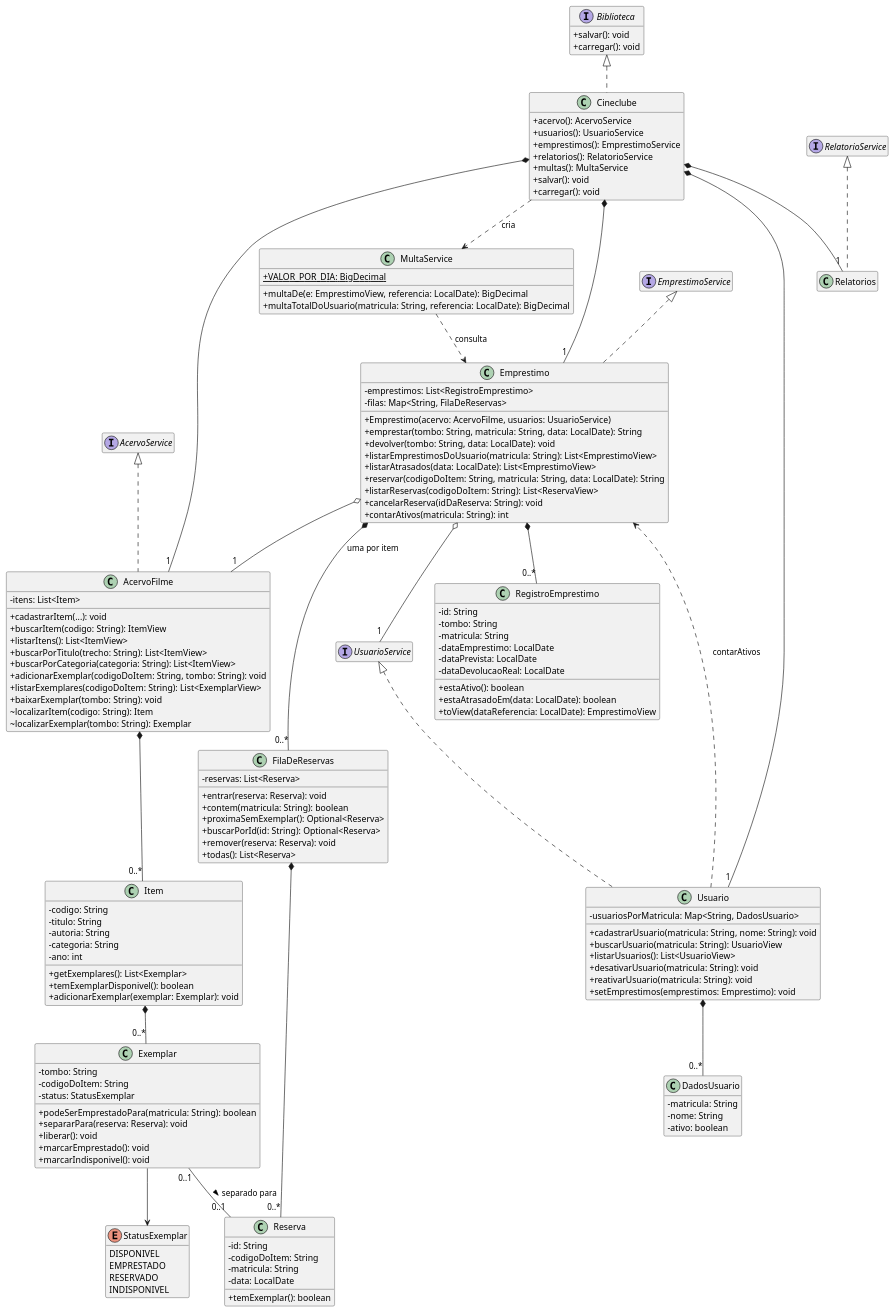
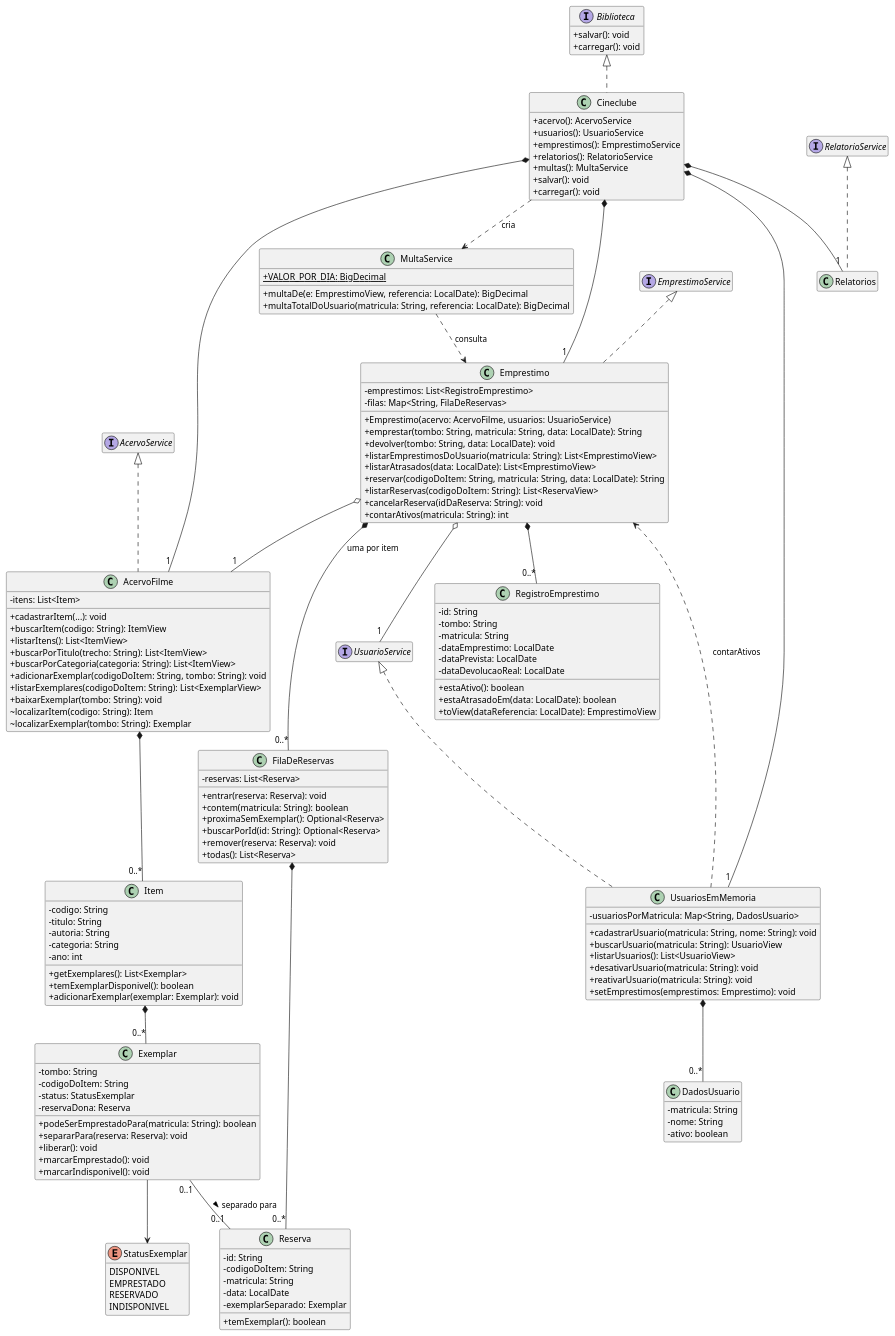
Before and after one commit to poo-dcx-2026-2/Alta-Cupula: the diagram in docs/modelo.puml, drawn with PlantUML. The commit also changed 6 other files, not shown here.

Commit message:
refactor: renomeia Usuario para UsuariosEmMemoria e atualiza docs

```diff
--- a/docs/modelo.puml
+++ b/docs/modelo.puml
@@ -1,166 +1,168 @@
 @startuml
 ' Modelo de domínio do sistema: Entrega 2.
 ' Corresponde ao código do pacote filme/.
 
 hide empty members
 skinparam classAttributeIconSize 0
 skinparam defaultTextAlignment center
 
 enum StatusExemplar {
     DISPONIVEL
     EMPRESTADO
     RESERVADO
     INDISPONIVEL
 }
 
 interface Biblioteca {
     + salvar(): void
     + carregar(): void
 }
 interface AcervoService
 interface UsuarioService
 interface EmprestimoService
 interface RelatorioService
 
 class Cineclube {
     + acervo(): AcervoService
     + usuarios(): UsuarioService
     + emprestimos(): EmprestimoService
     + relatorios(): RelatorioService
     + multas(): MultaService
     + salvar(): void
     + carregar(): void
 }
 
 class Item {
     - codigo: String
     - titulo: String
     - autoria: String
     - categoria: String
     - ano: int
     + getExemplares(): List<Exemplar>
     + temExemplarDisponivel(): boolean
     + adicionarExemplar(exemplar: Exemplar): void
 }
 
 class Exemplar {
     - tombo: String
     - codigoDoItem: String
     - status: StatusExemplar
+    - reservaDona: Reserva
     + podeSerEmprestadoPara(matricula: String): boolean
     + separarPara(reserva: Reserva): void
     + liberar(): void
     + marcarEmprestado(): void
     + marcarIndisponivel(): void
 }
 
 class Reserva {
     - id: String
     - codigoDoItem: String
     - matricula: String
     - data: LocalDate
+    - exemplarSeparado: Exemplar
     + temExemplar(): boolean
 }
 
 class FilaDeReservas {
     - reservas: List<Reserva>
     + entrar(reserva: Reserva): void
     + contem(matricula: String): boolean
     + proximaSemExemplar(): Optional<Reserva>
     + buscarPorId(id: String): Optional<Reserva>
     + remover(reserva: Reserva): void
     + todas(): List<Reserva>
 }
 
 class AcervoFilme {
     - itens: List<Item>
     + cadastrarItem(...): void
     + buscarItem(codigo: String): ItemView
     + listarItens(): List<ItemView>
     + buscarPorTitulo(trecho: String): List<ItemView>
     + buscarPorCategoria(categoria: String): List<ItemView>
     + adicionarExemplar(codigoDoItem: String, tombo: String): void
     + listarExemplares(codigoDoItem: String): List<ExemplarView>
     + baixarExemplar(tombo: String): void
     ~ localizarItem(codigo: String): Item
     ~ localizarExemplar(tombo: String): Exemplar
 }
 
-class Usuario {
+class UsuariosEmMemoria {
     - usuariosPorMatricula: Map<String, DadosUsuario>
     + cadastrarUsuario(matricula: String, nome: String): void
     + buscarUsuario(matricula: String): UsuarioView
     + listarUsuarios(): List<UsuarioView>
     + desativarUsuario(matricula: String): void
     + reativarUsuario(matricula: String): void
     + setEmprestimos(emprestimos: Emprestimo): void
 }
 
 class DadosUsuario {
     - matricula: String
     - nome: String
     - ativo: boolean
 }
 
 class Emprestimo {
     - emprestimos: List<RegistroEmprestimo>
     - filas: Map<String, FilaDeReservas>
     + Emprestimo(acervo: AcervoFilme, usuarios: UsuarioService)
     + emprestar(tombo: String, matricula: String, data: LocalDate): String
     + devolver(tombo: String, data: LocalDate): void
     + listarEmprestimosDoUsuario(matricula: String): List<EmprestimoView>
     + listarAtrasados(data: LocalDate): List<EmprestimoView>
     + reservar(codigoDoItem: String, matricula: String, data: LocalDate): String
     + listarReservas(codigoDoItem: String): List<ReservaView>
     + cancelarReserva(idDaReserva: String): void
     + contarAtivos(matricula: String): int
 }
 
 class RegistroEmprestimo {
     - id: String
     - tombo: String
     - matricula: String
     - dataEmprestimo: LocalDate
     - dataPrevista: LocalDate
     - dataDevolucaoReal: LocalDate
     + estaAtivo(): boolean
     + estaAtrasadoEm(data: LocalDate): boolean
     + toView(dataReferencia: LocalDate): EmprestimoView
 }
 
 class MultaService {
     {static} + VALOR_POR_DIA: BigDecimal
     + multaDe(e: EmprestimoView, referencia: LocalDate): BigDecimal
     + multaTotalDoUsuario(matricula: String, referencia: LocalDate): BigDecimal
 }
 
 class Relatorios
 
 Biblioteca <|.. Cineclube
 AcervoService <|.. AcervoFilme
-UsuarioService <|.. Usuario
+UsuarioService <|.. UsuariosEmMemoria
 EmprestimoService <|.. Emprestimo
 RelatorioService <|.. Relatorios
 
 Cineclube *-- "1" AcervoFilme
-Cineclube *-- "1" Usuario
+Cineclube *-- "1" UsuariosEmMemoria
 Cineclube *-- "1" Emprestimo
 Cineclube *-- "1" Relatorios
 
 AcervoFilme *-- "0..*" Item
 Item *-- "0..*" Exemplar
 Exemplar --> StatusExemplar
 Exemplar "0..1" -- "0..1" Reserva : separado para >
 
-Usuario *-- "0..*" DadosUsuario
-Usuario ..> Emprestimo : contarAtivos
+UsuariosEmMemoria *-- "0..*" DadosUsuario
+UsuariosEmMemoria ..> Emprestimo : contarAtivos
 
 Emprestimo o-- "1" AcervoFilme
 Emprestimo o-- "1" UsuarioService
 Emprestimo *-- "0..*" RegistroEmprestimo
 Emprestimo *-- "0..*" FilaDeReservas : uma por item
 FilaDeReservas *-- "0..*" Reserva
 
 MultaService ..> Emprestimo : consulta
 Cineclube ..> MultaService : cria
 @enduml
```
